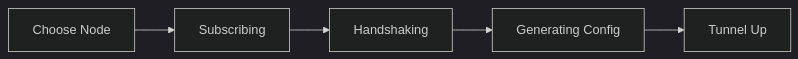
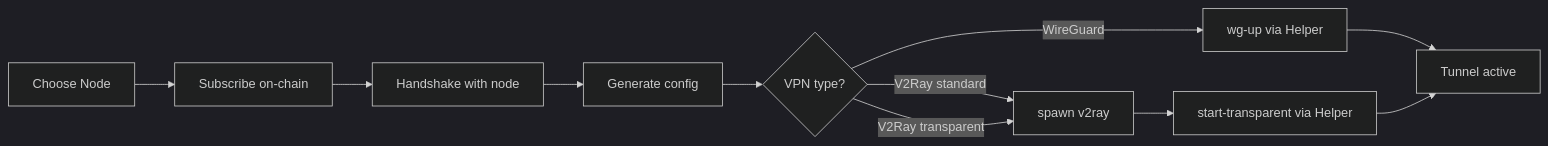
The first of 3 diagrams in README.md (Tkd-Alex/ChibaTunnel), drawn with Mermaid (dark theme) before and after one commit. The commit also changed other lines of this file and 1 other file, not shown here.

Commit message:
docs: update README.md and add ai-context/privileged-helper

````diff
--- a/README.md
+++ b/README.md
@@ -46,7 +52,13 @@
 ```mermaid
 graph LR
-  A[Choose Node] --> B[Subscribing]
-  B --> C[Handshaking]
-  C --> D[Generating Config]
-  D --> E[Tunnel Up]
+  A[Choose Node] --> B[Subscribe on-chain]
+  B --> C[Handshake with node]
+  C --> D[Generate config]
+  D --> E{VPN type?}
+  E -->|WireGuard| F[wg-up via Helper]
+  E -->|V2Ray standard| G[spawn v2ray]
+  E -->|V2Ray transparent| G
+  G --> H[start-transparent via Helper]
+  F --> I[Tunnel active]
+  H --> I
 ```
````
